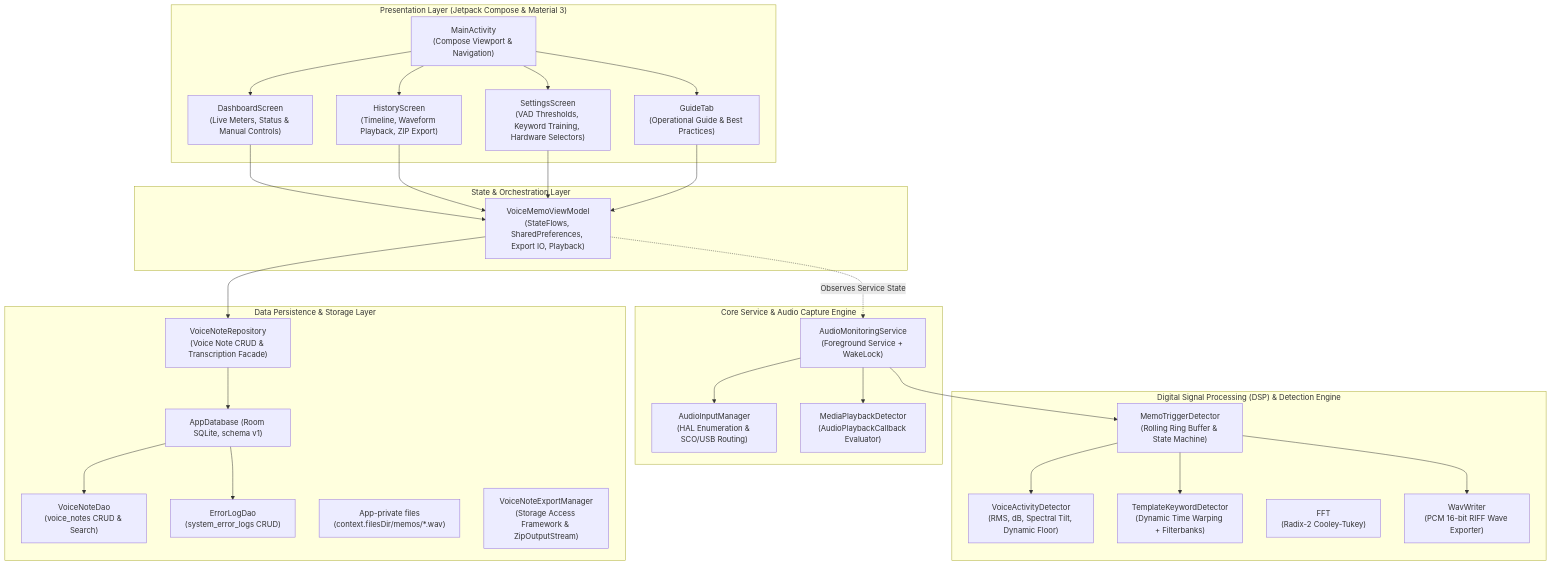
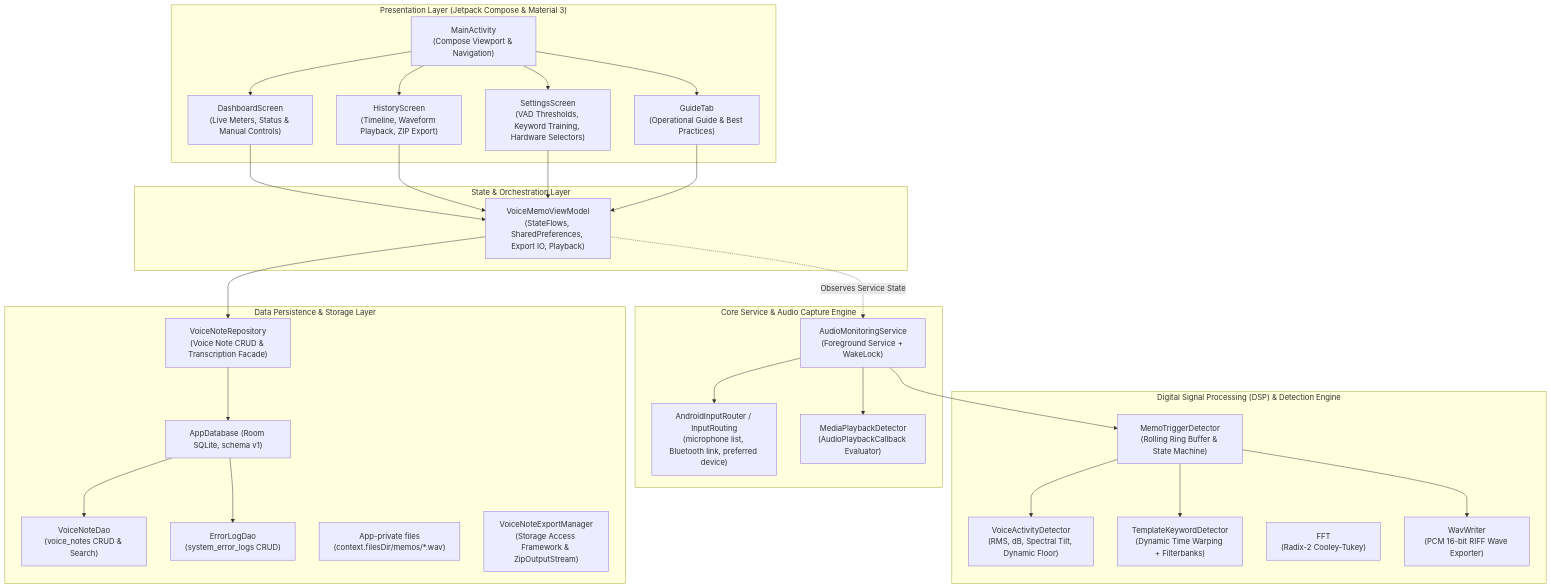
The second of 2 diagrams in ARCHITECTURE.md (elgrande73/FOSS-voice-memo-android-app), drawn with Mermaid before and after one commit. The commit also changed other lines of this file and 14 other files, not shown here.

````diff
--- a/ARCHITECTURE.md
+++ b/ARCHITECTURE.md
@@ -58,48 +58,48 @@
 ```mermaid
 graph TB
     subgraph UI_Layer ["Presentation Layer (Jetpack Compose & Material 3)"]
         MainActivity["MainActivity<br/>(Compose Viewport & Navigation)"]
         DashboardTab["DashboardScreen<br/>(Live Meters, Status & Manual Controls)"]
         HistoryTab["HistoryScreen<br/>(Timeline, Waveform Playback, ZIP Export)"]
         SettingsTab["SettingsScreen<br/>(VAD Thresholds, Keyword Training, Hardware Selectors)"]
         GuideTab["GuideTab<br/>(Operational Guide & Best Practices)"]
     end
 
     subgraph ViewModel_Layer ["State & Orchestration Layer"]
         VoiceMemoViewModel["VoiceMemoViewModel<br/>(StateFlows, SharedPreferences, Export IO, Playback)"]
     end
 
     subgraph Service_Layer ["Core Service & Audio Capture Engine"]
         Service["AudioMonitoringService<br/>(Foreground Service + WakeLock)"]
-        InputMgr["AudioInputManager<br/>(HAL Enumeration & SCO/USB Routing)"]
+        InputMgr["AndroidInputRouter / InputRouting<br/>(microphone list, Bluetooth link, preferred device)"]
         MediaDet["MediaPlaybackDetector<br/>(AudioPlaybackCallback Evaluator)"]
     end
 
     subgraph DSP_Layer ["Digital Signal Processing (DSP) & Detection Engine"]
         VAD["VoiceActivityDetector<br/>(RMS, dB, Spectral Tilt, Dynamic Floor)"]
         KWDetector["TemplateKeywordDetector<br/>(Dynamic Time Warping + Filterbanks)"]
         MemoCoordinator["MemoTriggerDetector<br/>(Rolling Ring Buffer & State Machine)"]
         FFTEngine["FFT<br/>(Radix-2 Cooley-Tukey)"]
         WavOut["WavWriter<br/>(PCM 16-bit RIFF Wave Exporter)"]
     end
 
     subgraph Data_Layer ["Data Persistence & Storage Layer"]
         Repo["VoiceNoteRepository<br/>(Voice Note CRUD & Transcription Facade)"]
         RoomDB["AppDatabase (Room SQLite, schema v1)"]
         VoiceNoteDao["VoiceNoteDao<br/>(voice_notes CRUD & Search)"]
         ErrorLogDao["ErrorLogDao<br/>(system_error_logs CRUD)"]
         DiskFiles["App-private files<br/>(context.filesDir/memos/*.wav)"]
         ExportMgr["VoiceNoteExportManager<br/>(Storage Access Framework & ZipOutputStream)"]
     end
 
     MainActivity --> DashboardTab & HistoryTab & SettingsTab & GuideTab
     DashboardTab & HistoryTab & SettingsTab & GuideTab --> VoiceMemoViewModel
     VoiceMemoViewModel --> Repo
     VoiceMemoViewModel -.->|Observes Service State| Service
     Service --> InputMgr
     Service --> MediaDet
     Service --> MemoCoordinator
     MemoCoordinator --> VAD & KWDetector & WavOut
     Repo --> RoomDB
     RoomDB --> VoiceNoteDao & ErrorLogDao
 ```
````
